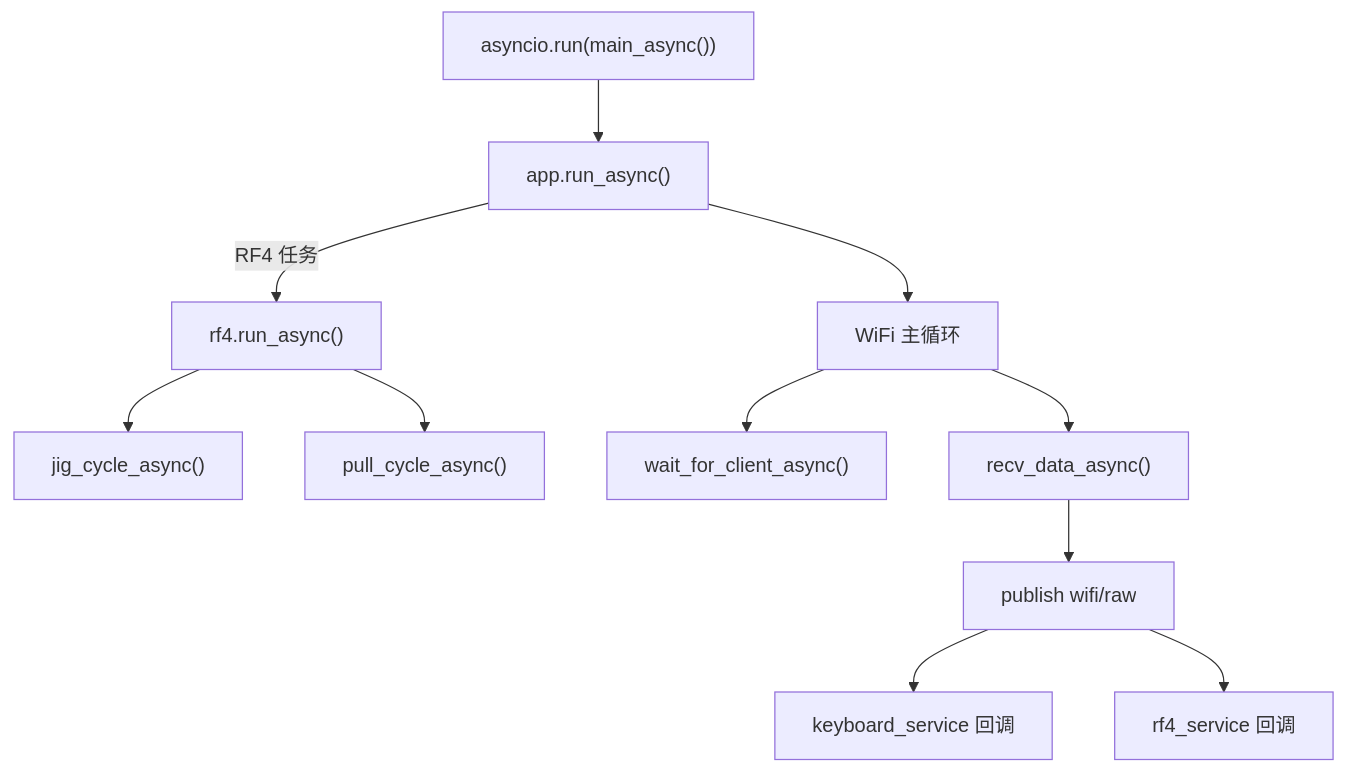
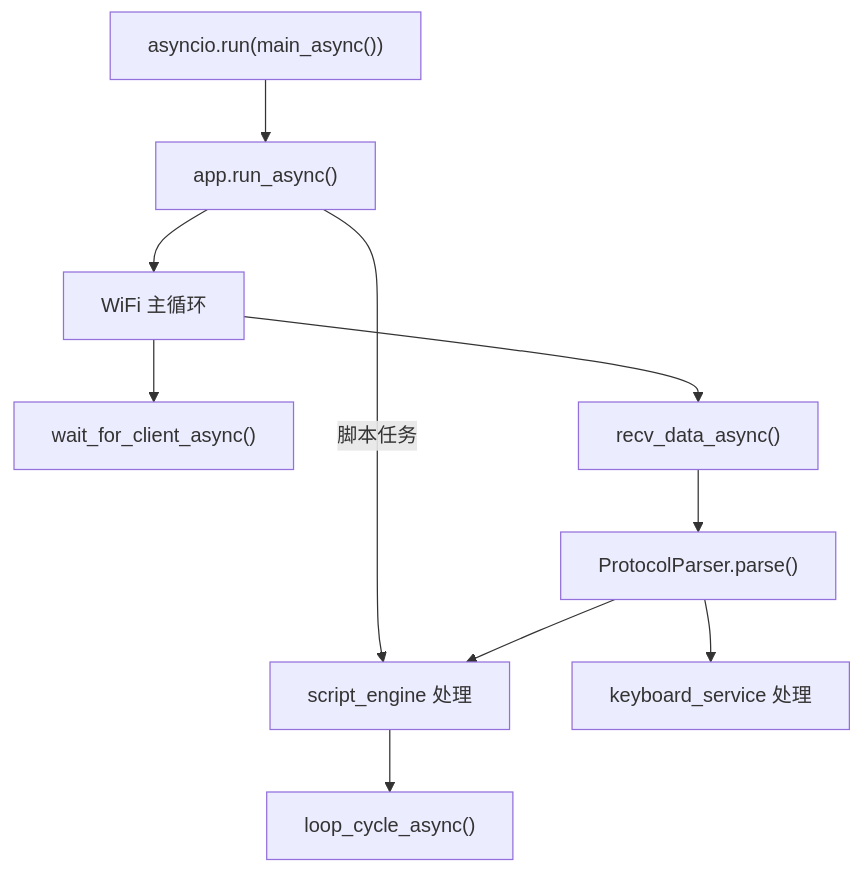
The fourth of 6 diagrams in docs/design/README.md (Ts-sound/esp32-python-keyboard), drawn with Mermaid before and after one commit. The commit also changed other lines of this file and 2 other files, not shown here.

Commit message:
docs: update design docs to reflect new architecture (Task 10)

````diff
--- a/docs/design/README.md
+++ b/docs/design/README.md
@@ -104,13 +119,12 @@
 ```mermaid
 flowchart TD
     Main["asyncio.run(main_async())"] --> App["app.run_async()"]
-    App -->|RF4 任务 | RF4["rf4.run_async()"]
+    App -->|脚本任务 | SE["script_engine.run_async()"]
     App --> WiFi["WiFi 主循环"]
-    RF4 --> JIG["jig_cycle_async()"]
-    RF4 --> PULL["pull_cycle_async()"]
+    SE --> Loop["loop_cycle_async()"]
     WiFi --> Wait["wait_for_client_async()"]
     WiFi --> Recv["recv_data_async()"]
-    Recv --> MQ["publish wifi/raw"]
-    MQ --> KS["keyboard_service 回调"]
-    MQ --> RS["rf4_service 回调"]
+    Recv --> PP["ProtocolParser.parse()"]
+    PP --> KS["keyboard_service 处理"]
+    PP --> SE["script_engine 处理"]
 ```
````
